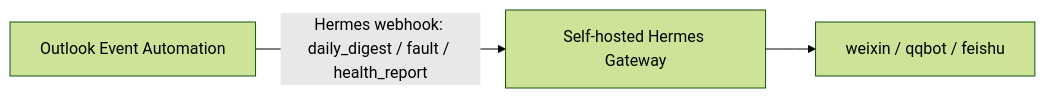
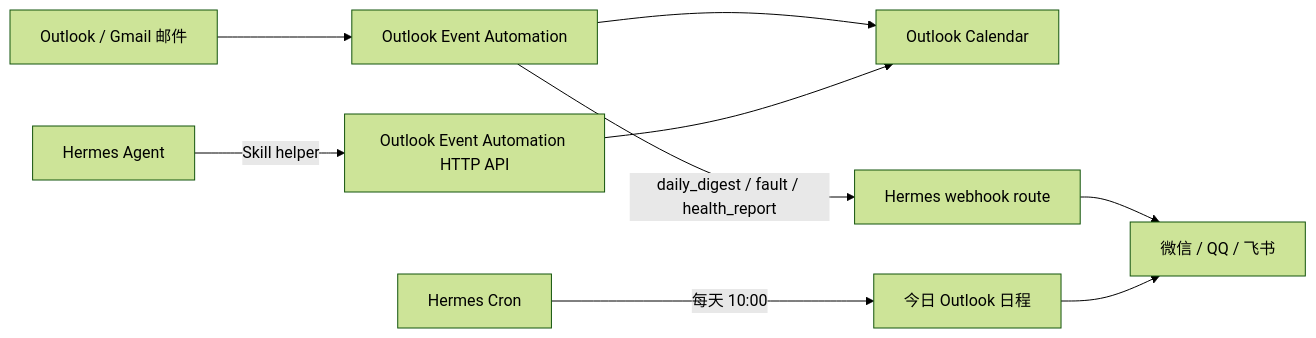
One commit to whitesweater/outlook-event-automation changed the diagram in outlook_event_automation/integrations/hermes.md. Above: the diagram before and after it, drawn with Mermaid (forest theme). The commit also changed other lines of this file and 6 other files, not shown here.

````diff
--- a/outlook_event_automation/integrations/hermes.md
+++ b/outlook_event_automation/integrations/hermes.md
@@ -14,5 +16,11 @@
 ```mermaid
 flowchart LR
-  A["Outlook Event Automation"] -->|"Hermes webhook: daily_digest / fault / health_report"| B["Self-hosted Hermes Gateway"]
-  B --> C["weixin / qqbot / feishu"]
+  A["Outlook / Gmail 邮件"] --> B["Outlook Event Automation"]
+  B --> C["Outlook Calendar"]
+  B -->|"daily_digest / fault / health_report"| D["Hermes webhook route"]
+  D --> E["微信 / QQ / 飞书"]
+  F["Hermes Agent"] -->|"Skill helper"| G["Outlook Event Automation HTTP API"]
+  G --> C
+  H["Hermes Cron"] -->|"每天 10:00"| I["今日 Outlook 日程"]
+  I --> E
 ```
````
